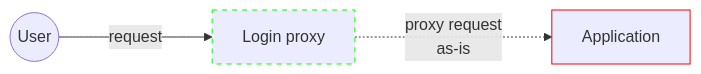
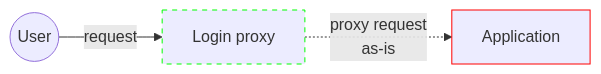
One commit to nais/doc changed the first of 3 diagrams in docs/auth/explanations/README.md. Above: the diagram before and after it, drawn with Mermaid. The commit also changed other lines of this file and 3 other files, not shown here.

First line of the commit message:
auth: fix mermaid diagrams

````diff
--- a/docs/auth/explanations/README.md
+++ b/docs/auth/explanations/README.md
@@ -611,8 +611,9 @@
 ```mermaid
 graph LR
   style Proxy stroke:#0f0,stroke-dasharray: 5
   style Application stroke:#f00
     
-  U((User)) -- "request" ---> Proxy["Login proxy"]
-  Proxy -. "proxy request\n as-is" -..-> Application
+  U((User)) -- "request" --> Proxy["Login proxy"]
+  Proxy -. "`proxy request
+  as-is`" .-> Application
 ```
````
